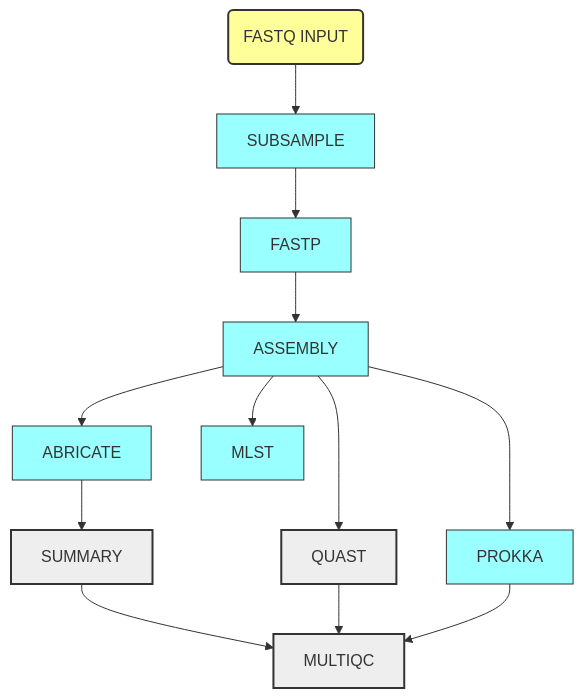
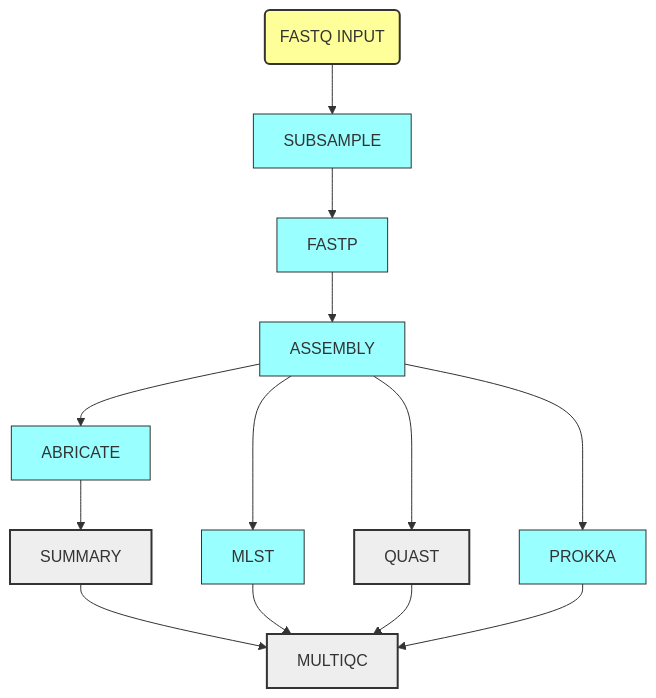
The diagram in README.md (telatin/nextflow-example), drawn with Mermaid before and after one commit.

````diff
--- a/README.md
+++ b/README.md
@@ -28,17 +28,18 @@
 ```mermaid
 graph TD;
  style input fill:#ff9,stroke:#333,stroke-width:2px
  classDef collapse fill:#EEE,stroke:#333,stroke-width:2px
  classDef multi fill:#9FF,stroke:#333,troke-width:2px
  input(FASTQ INPUT) --> SUBSAMPLE:::multi;
  SUBSAMPLE --> FASTP:::multi;
  FASTP --> ASSEMBLY:::multi;
  ASSEMBLY --> QUAST:::collapse;
  ASSEMBLY --> PROKKA:::multi;
  ASSEMBLY --> ABRICATE:::multi;
  ASSEMBLY --> MLST:::multi;
  ABRICATE --> SUMMARY:::collapse;
  SUMMARY --> MULTIQC:::collapse;
+ MLST --> MULTIQC:::collapse;
  QUAST --> MULTIQC;
  PROKKA --> MULTIQC;
 ```
````
